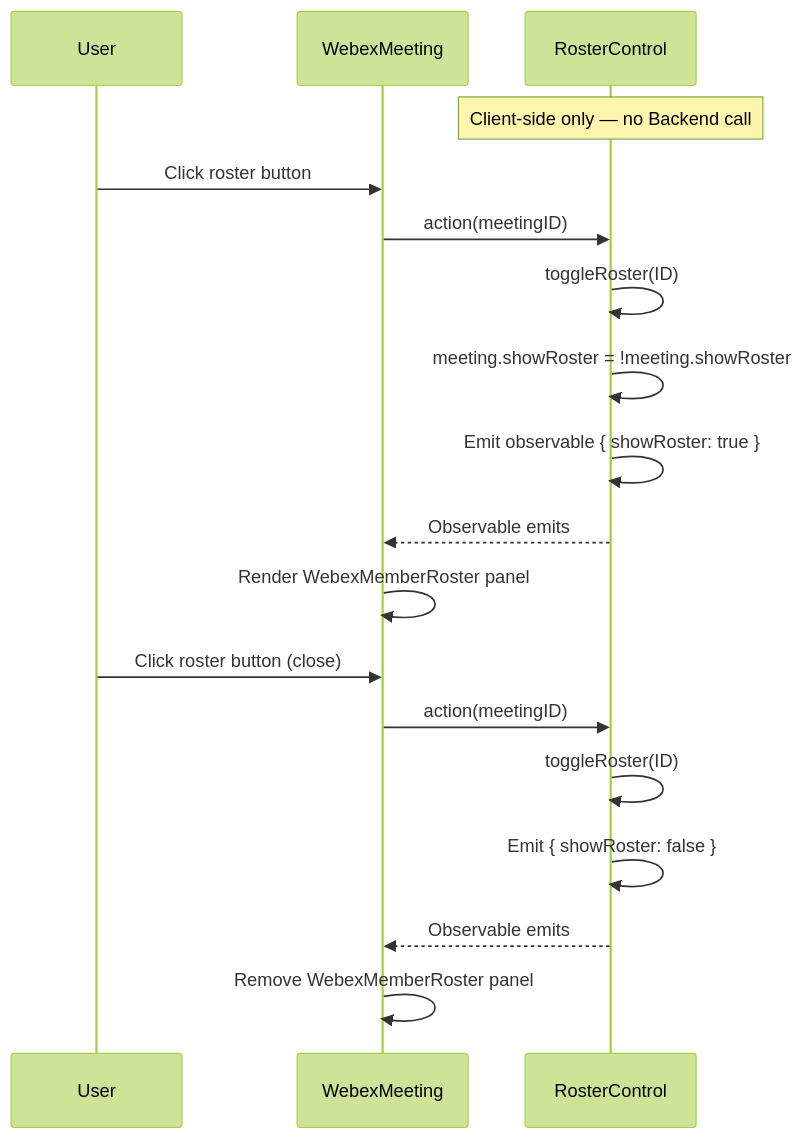
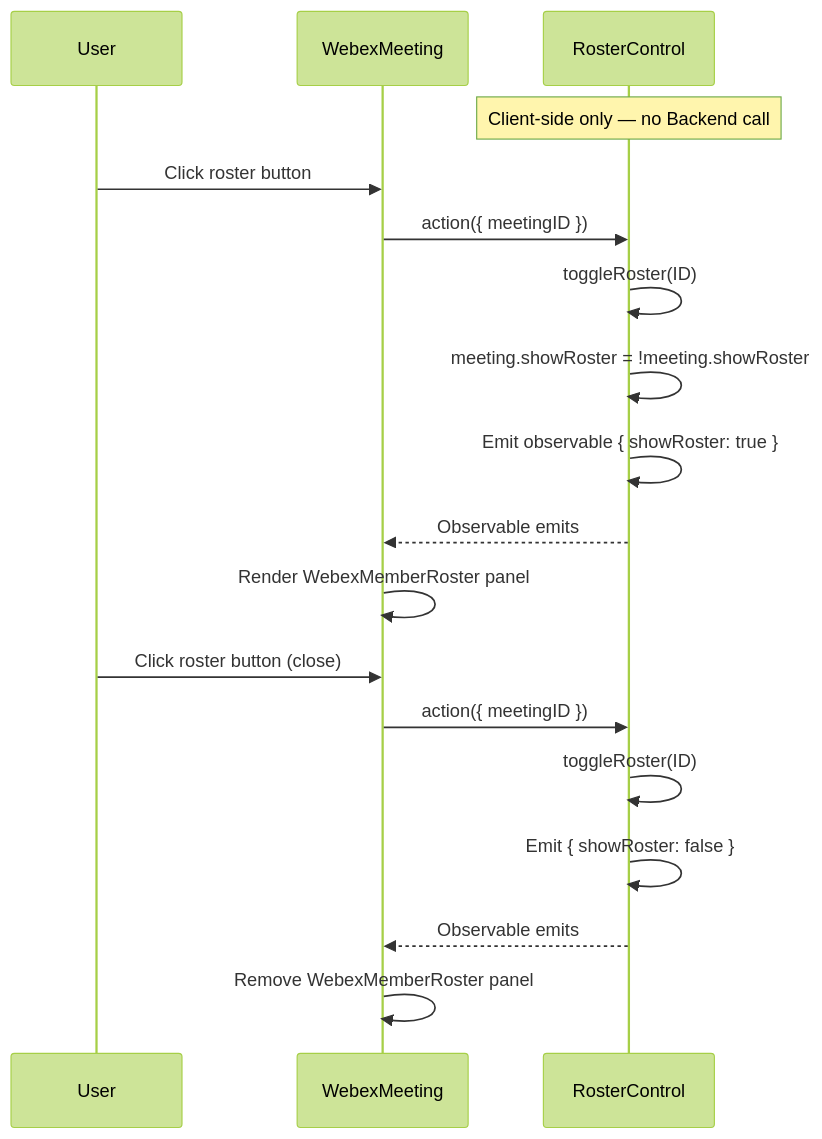
Before and after one commit to webex/widgets: the eighth of 13 diagrams in packages/@webex/widgets/ai-docs/ARCHITECTURE.md, drawn with Mermaid (forest theme). The commit also changed other lines of this file and 1 other file, not shown here.

````diff
--- a/packages/@webex/widgets/ai-docs/ARCHITECTURE.md
+++ b/packages/@webex/widgets/ai-docs/ARCHITECTURE.md
@@ -447,23 +451,23 @@
 ```mermaid
 sequenceDiagram
     participant User
     participant Component as WebexMeeting
     participant Adapter as RosterControl
 
     Note over Adapter: Client-side only — no Backend call
 
     User->>Component: Click roster button
-    Component->>Adapter: action(meetingID)
+    Component->>Adapter: action({ meetingID })
     Adapter->>Adapter: toggleRoster(ID)
     Adapter->>Adapter: meeting.showRoster = !meeting.showRoster
     Adapter->>Adapter: Emit observable { showRoster: true }
     Adapter-->>Component: Observable emits
     Component->>Component: Render WebexMemberRoster panel
 
     User->>Component: Click roster button (close)
-    Component->>Adapter: action(meetingID)
+    Component->>Adapter: action({ meetingID })
     Adapter->>Adapter: toggleRoster(ID)
     Adapter->>Adapter: Emit { showRoster: false }
     Adapter-->>Component: Observable emits
     Component->>Component: Remove WebexMemberRoster panel
 ```
````
